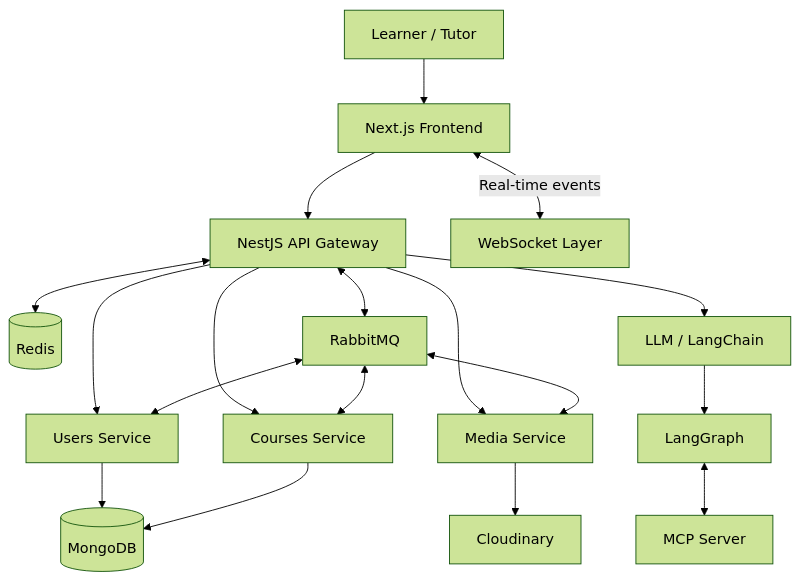
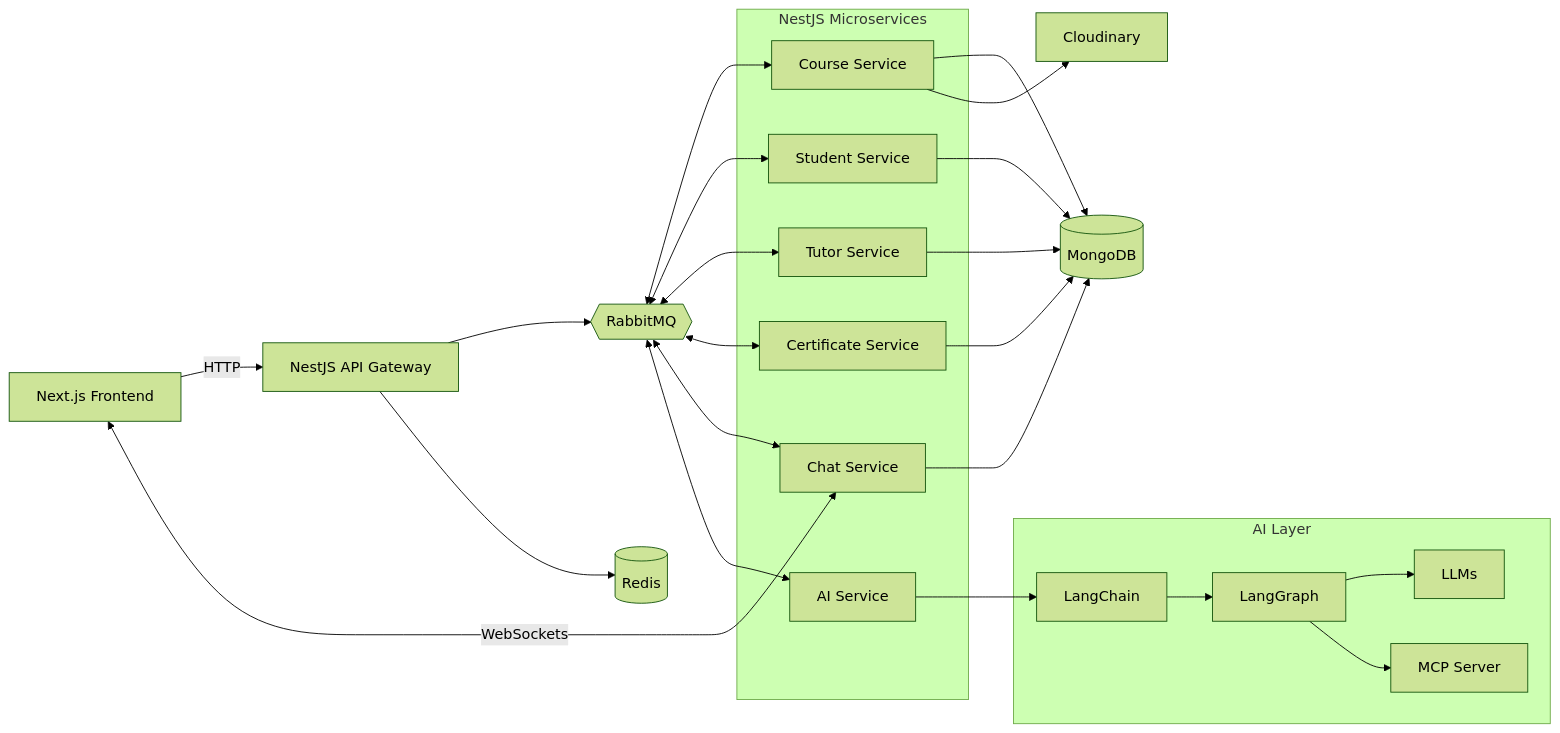
Before and after one commit to Sujan-Bhandari07/lms: the diagram in README.md, drawn with Mermaid (forest theme). The commit also changed other lines of this file, not shown here.

````diff
--- a/README.md
+++ b/README.md
@@ -76,26 +75,49 @@
 ```mermaid
-flowchart TB
-    User["Learner / Tutor"] --> Web["Next.js Frontend"]
-    Web --> Gateway["NestJS API Gateway"]
+flowchart LR
+    Client["Next.js Frontend"]
+    Gateway["NestJS API Gateway"]
 
-    Gateway --> Users["Users Service"]
-    Gateway --> Courses["Courses Service"]
-    Gateway --> Media["Media Service"]
+    subgraph Services["NestJS Microservices"]
+        Course["Course Service"]
+        Student["Student Service"]
+        Tutor["Tutor Service"]
+        Cert["Certificate Service"]
+        Chat["Chat Service"]
+        AI["AI Service"]
+    end
 
-    Web <-->|"Real-time events"| WS["WebSocket Layer"]
+    subgraph AIStack["AI Layer"]
+        LC["LangChain"]
+        LG["LangGraph"]
+        MCP["MCP Server"]
+        LLM["LLMs"]
+    end
 
-    Users --> Mongo[("MongoDB")]
-    Courses --> Mongo
+    Mongo[("MongoDB")]
+    Redis[("Redis")]
+    MQ{{"RabbitMQ"}}
+    Cloud["Cloudinary"]
 
-    Gateway <--> Redis[("Redis")]
-    Gateway <--> RMQ["RabbitMQ"]
-    RMQ <--> Users
-    RMQ <--> Courses
-    RMQ <--> Media
+    Client -->|"HTTP"| Gateway
+    Client <-->|"WebSockets"| Chat
+    Gateway --> MQ
+    MQ <--> Course
+    MQ <--> Student
+    MQ <--> Tutor
+    MQ <--> Cert
+    MQ <--> Chat
+    MQ <--> AI
 
-    Media --> Cloudinary["Cloudinary"]
+    Gateway --> Redis
+    Course --> Mongo
+    Student --> Mongo
+    Tutor --> Mongo
+    Cert --> Mongo
+    Chat --> Mongo
+    Course --> Cloud
 
-    Gateway --> AI["LLM / LangChain"]
-    AI --> Graph["LangGraph"]
-    Graph <--> MCP["MCP Server"]
+    AI --> LC
+    LC --> LG
+    LG --> LLM
+    LG --> MCP
 ```
````
